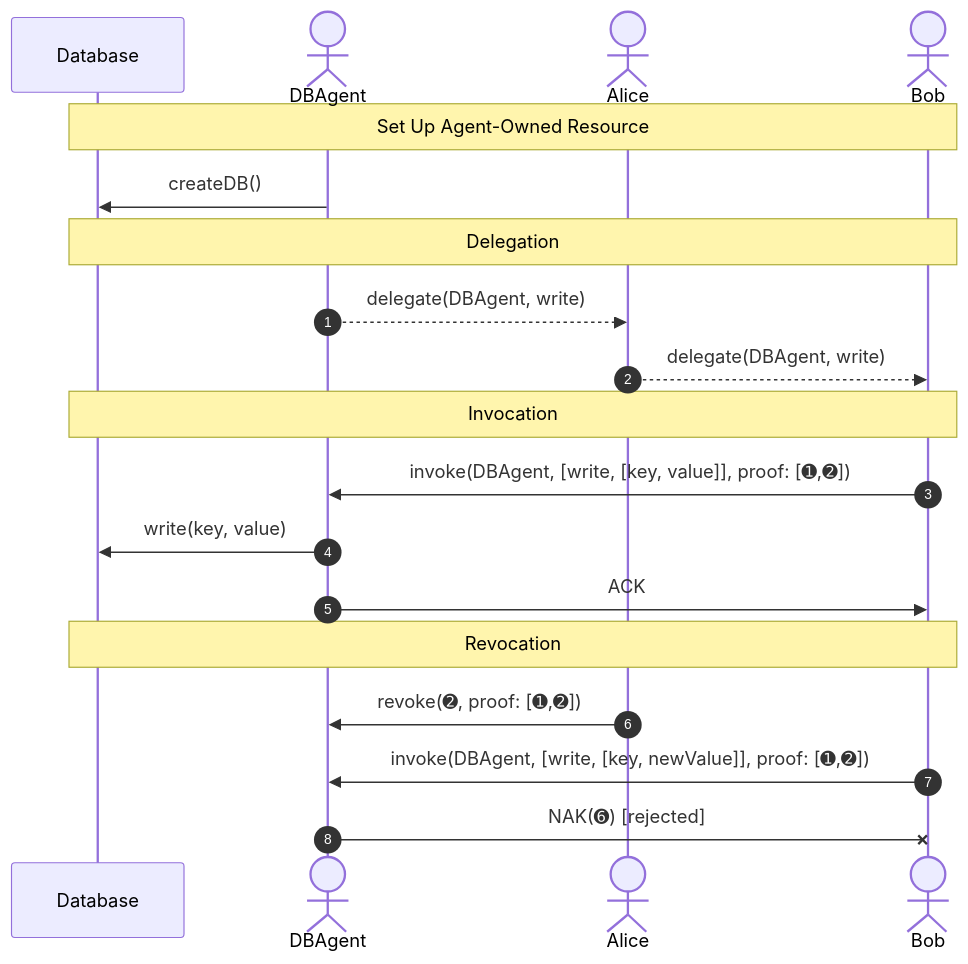
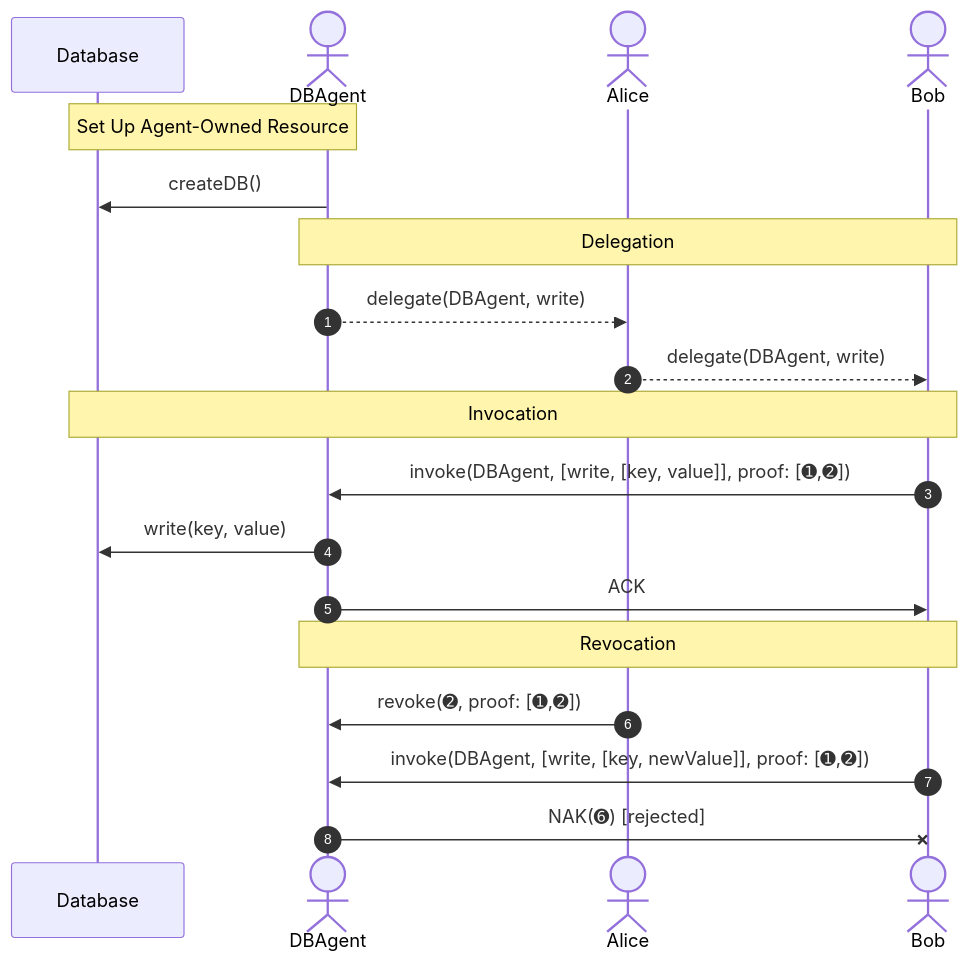
One commit to michielbdejong/spec changed the second of 4 diagrams in README.md. Above: the diagram before and after it, drawn with Mermaid. The commit also changed other lines of this file, not shown here.

Commit message:
Diagram for replicated case

````diff
--- a/README.md
+++ b/README.md
@@ -153,27 +153,27 @@
 ``` mermaid
 sequenceDiagram
     participant Database
 
     actor DBAgent
     actor Alice
     actor Bob
 
-    Note over Database, Bob: Set Up Agent-Owned Resource
+    Note over Database, DBAgent: Set Up Agent-Owned Resource
     DBAgent ->> Database: createDB()
 
     autonumber 1
 
-    Note over Database, Bob: Delegation
+    Note over DBAgent, Bob: Delegation
     DBAgent -->> Alice: delegate(DBAgent, write)
     Alice -->> Bob: delegate(DBAgent, write)
 
     Note over Database, Bob: Invocation
     Bob ->> DBAgent: invoke(DBAgent, [write, [key, value]], proof: [➊,➋])
     DBAgent ->> Database: write(key, value)
     DBAgent ->> Bob: ACK
 
-    Note over Database, Bob: Revocation
+    Note over DBAgent, Bob: Revocation
     Alice ->> DBAgent: revoke(➋, proof: [➊,➋])
     Bob ->> DBAgent: invoke(DBAgent, [write, [key, newValue]], proof: [➊,➋])
     DBAgent -X Bob: NAK(➏) [rejected]
 ```
````
